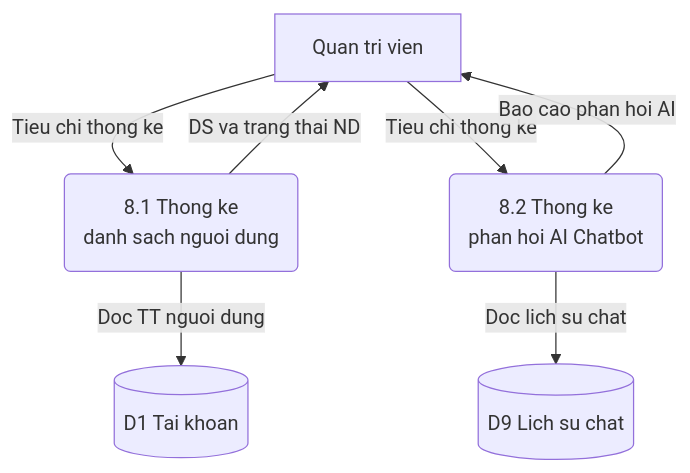
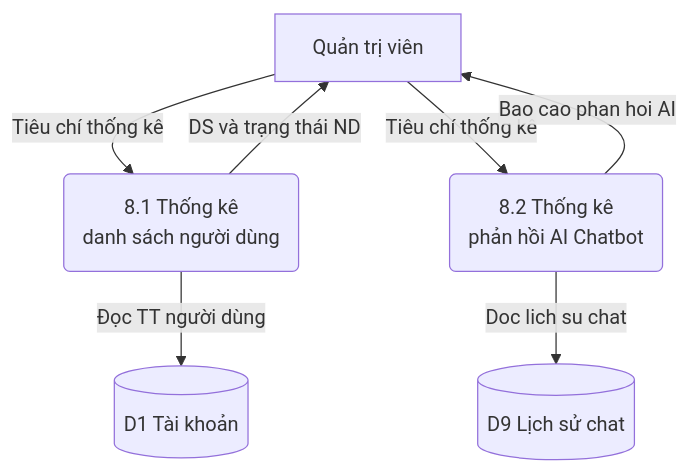
One commit to Hieu-vn/Graduation-Thesis changed the tenth of 10 diagrams in DFD_Diagrams.md. Above: the diagram before and after it, drawn with Mermaid. The commit also changed other lines of this file, not shown here.

Commit message:
docs: Update DFD diagrams in the graduation thesis documentation.

````diff
--- a/DFD_Diagrams.md
+++ b/DFD_Diagrams.md
@@ -508,17 +508,17 @@
 ```mermaid
 flowchart TB
-    QT["Quan tri vien"]
-    D1[("D1 Tai khoan")]
-    D9[("D9 Lich su chat")]
+    QT["Quản trị viên"]
+    D1[("D1 Tài khoản")]
+    D9[("D9 Lịch sử chat")]
 
-    P81("8.1 Thong ke\ndanh sach nguoi dung")
-    P82("8.2 Thong ke\nphan hoi AI Chatbot")
+    P81("8.1 Thống kê<br/>danh sách người dùng")
+    P82("8.2 Thống kê<br/>phản hồi AI Chatbot")
 
-    QT -->|"Tieu chi thong ke"| P81
-    P81 -->|"Doc TT nguoi dung"| D1
-    P81 -->|"DS va trang thai ND"| QT
+    QT -->|"Tiêu chí thống kê"| P81
+    P81 -->|"Đọc TT người dùng"| D1
+    P81 -->|"DS và trạng thái ND"| QT
 
-    QT -->|"Tieu chi thong ke"| P82
+    QT -->|"Tiêu chí thống kê"| P82
     P82 -->|"Doc lich su chat"| D9
     P82 -->|"Bao cao phan hoi AI"| QT
 ```
````
